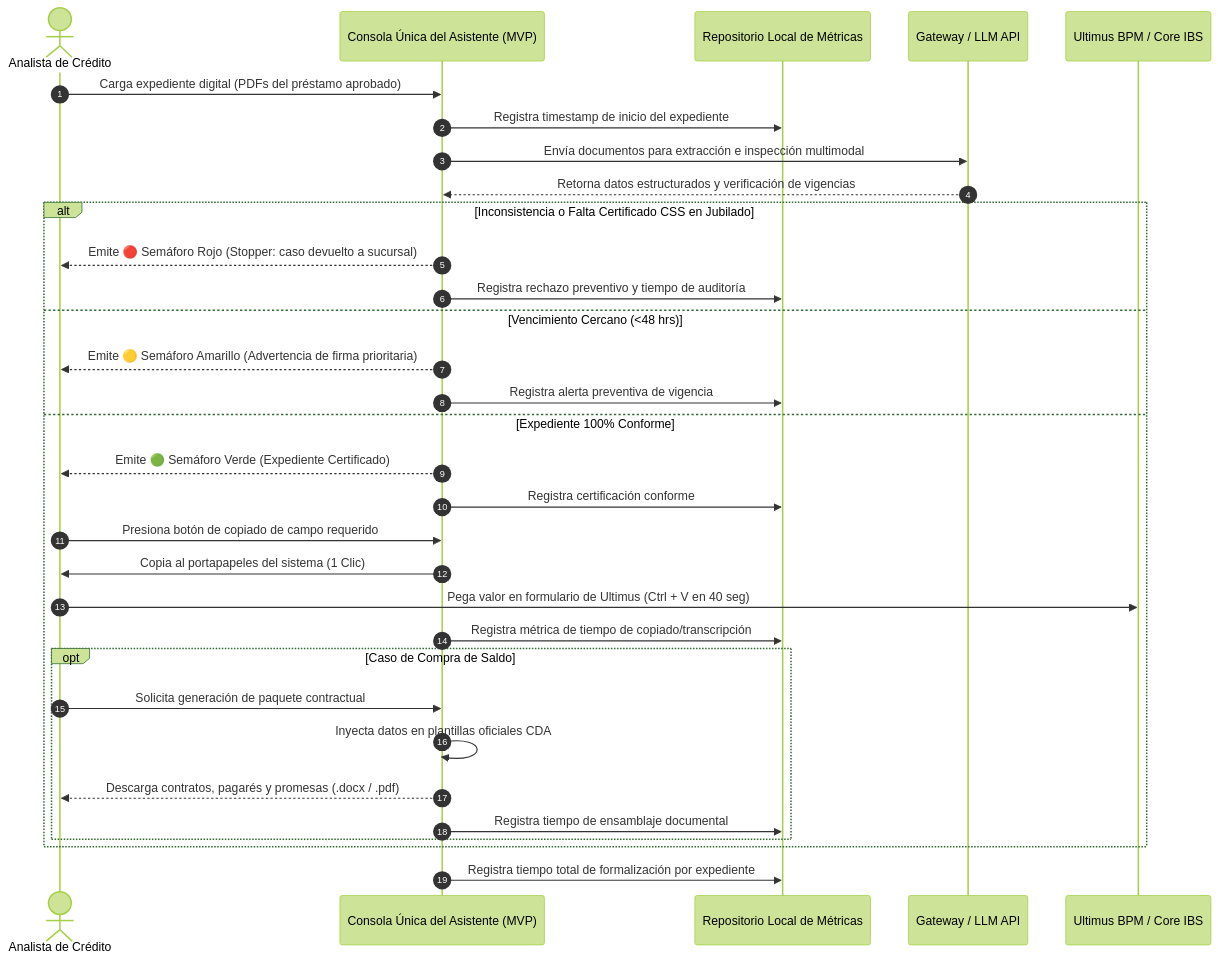
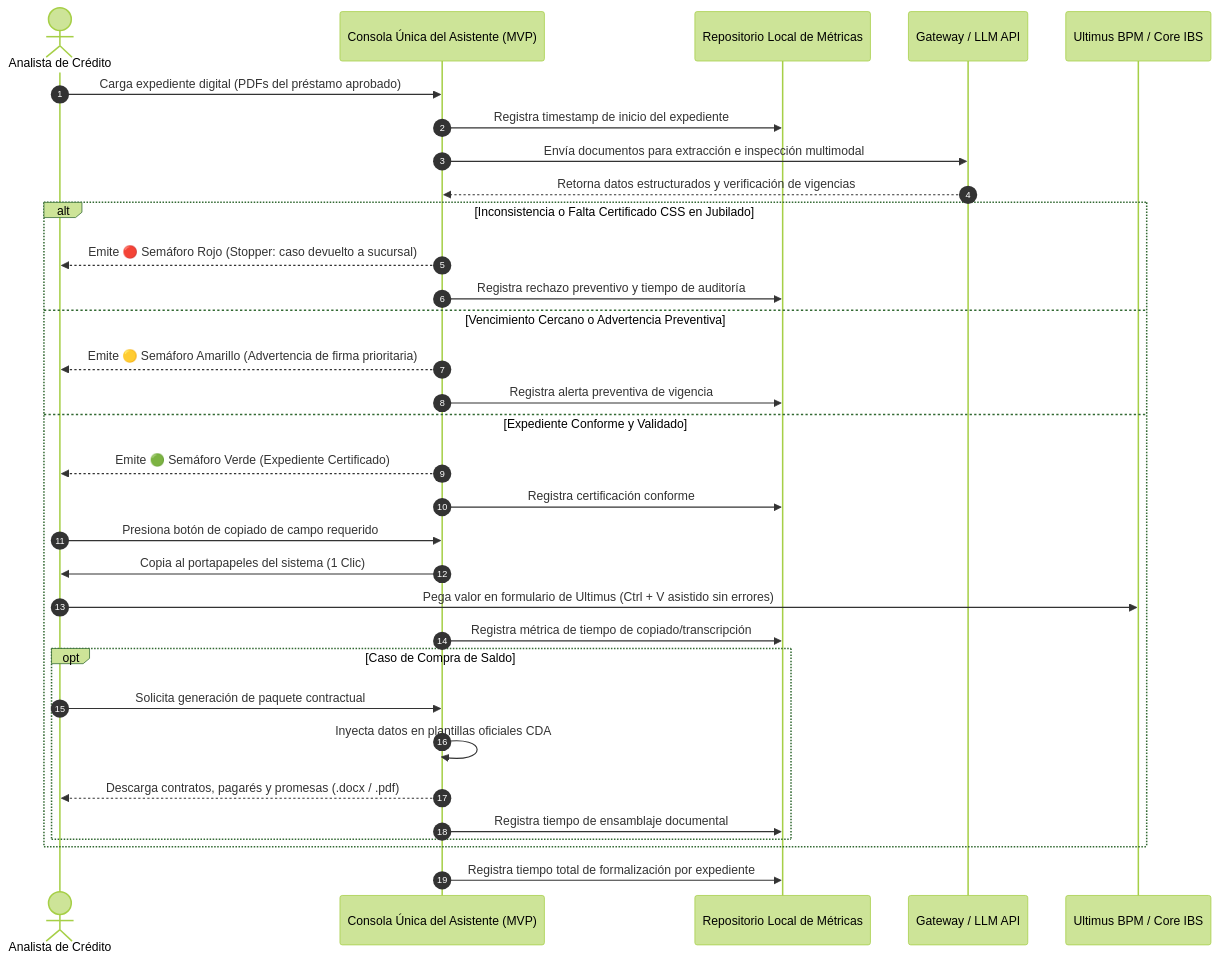
The fourth of 4 diagrams in formalizacion-pp/design/diseno-arquitectura-asistente-formalizacion.md (RBlasser/cda-celulas), drawn with Mermaid (forest theme) before and after one commit. The commit also changed other lines of this file and 1 other file, not shown here.

````diff
--- a/formalizacion-pp/design/diseno-arquitectura-asistente-formalizacion.md
+++ b/formalizacion-pp/design/diseno-arquitectura-asistente-formalizacion.md
@@ -187,38 +187,38 @@
 ```mermaid
 sequenceDiagram
     autonumber
     actor Analista as Analista de Crédito
     participant Copiloto as Consola Única del Asistente (MVP)
     participant Metricas as Repositorio Local de Métricas
     participant Gateway as Gateway / LLM API
     participant BPM as Ultimus BPM / Core IBS
 
     Analista->>Copiloto: Carga expediente digital (PDFs del préstamo aprobado)
     Copiloto->>Metricas: Registra timestamp de inicio del expediente
     Copiloto->>Gateway: Envía documentos para extracción e inspección multimodal
     Gateway-->>Copiloto: Retorna datos estructurados y verificación de vigencias
     
     alt Inconsistencia o Falta Certificado CSS en Jubilado
         Copiloto-->>Analista: Emite 🔴 Semáforo Rojo (Stopper: caso devuelto a sucursal)
         Copiloto->>Metricas: Registra rechazo preventivo y tiempo de auditoría
-    else Vencimiento Cercano (<48 hrs)
+    else Vencimiento Cercano o Advertencia Preventiva
         Copiloto-->>Analista: Emite 🟡 Semáforo Amarillo (Advertencia de firma prioritaria)
         Copiloto->>Metricas: Registra alerta preventiva de vigencia
-    else Expediente 100% Conforme
+    else Expediente Conforme y Validado
         Copiloto-->>Analista: Emite 🟢 Semáforo Verde (Expediente Certificado)
         Copiloto->>Metricas: Registra certificación conforme
         
         Analista->>Copiloto: Presiona botón de copiado de campo requerido
         Copiloto->>Analista: Copia al portapapeles del sistema (1 Clic)
-        Analista->>BPM: Pega valor en formulario de Ultimus (Ctrl + V en 40 seg)
+        Analista->>BPM: Pega valor en formulario de Ultimus (Ctrl + V asistido sin errores)
         Copiloto->>Metricas: Registra métrica de tiempo de copiado/transcripción
         
         opt Caso de Compra de Saldo
             Analista->>Copiloto: Solicita generación de paquete contractual
             Copiloto->>Copiloto: Inyecta datos en plantillas oficiales CDA
             Copiloto-->>Analista: Descarga contratos, pagarés y promesas (.docx / .pdf)
             Copiloto->>Metricas: Registra tiempo de ensamblaje documental
         end
     end
     Copiloto->>Metricas: Registra tiempo total de formalización por expediente
 ```
````
